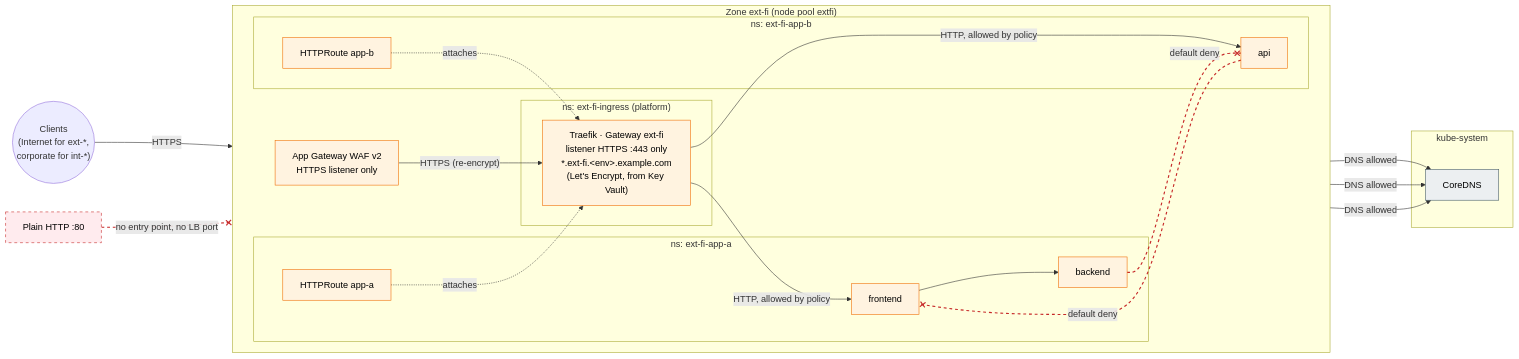
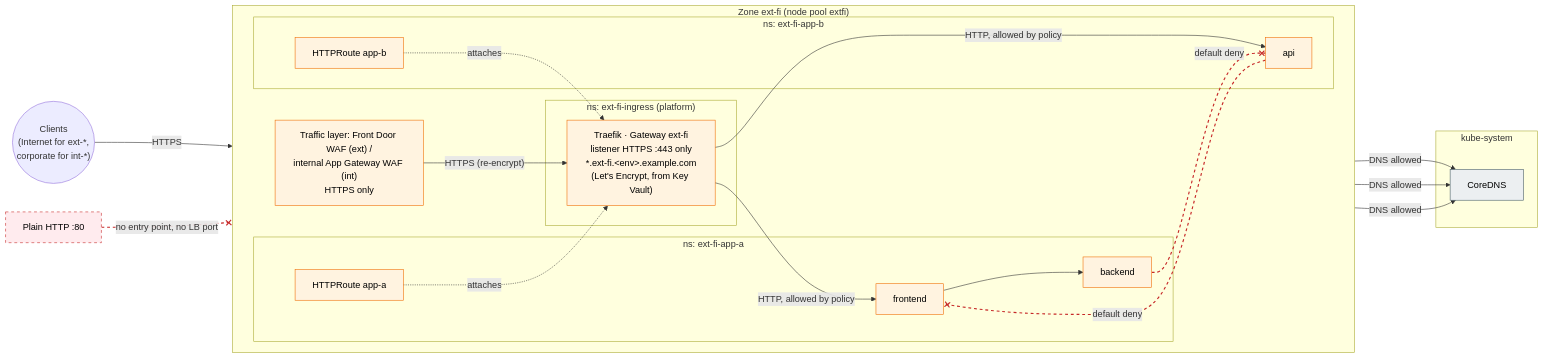
The diagram in diagrams/07-namespace-tenancy.mmd (olljanat-ai/aks-design), drawn with Mermaid before and after one commit. The commit also changed 10 other files, not shown here.

```diff
--- a/diagrams/07-namespace-tenancy.mmd
+++ b/diagrams/07-namespace-tenancy.mmd
@@ -1,44 +1,44 @@
 %% Application multi-tenancy inside one zone of a stateless cluster: namespace per application, default-deny
 %% network policies, Traefik as the zone's Gateway API implementation (HTTPS only).
 flowchart LR
     client(("Clients<br/>(Internet for ext-*,<br/>corporate for int-*)"))
 
     subgraph ZONE["Zone ext-fi (node pool extfi)"]
         direction LR
-        appgw["App Gateway WAF v2<br/>HTTPS listener only"]
+        appgw["Traffic layer: Front Door WAF (ext) /<br/>internal App Gateway WAF (int)<br/>HTTPS only"]
         subgraph ING["ns: ext-fi-ingress (platform)"]
             ic["Traefik · Gateway ext-fi<br/>listener HTTPS :443 only<br/>*.ext-fi.&lt;env&gt;.example.com<br/>(Let's Encrypt, from Key Vault)"]
         end
         subgraph A["ns: ext-fi-app-a"]
             ra["HTTPRoute app-a"]
             a1["frontend"] --> a2["backend"]
         end
         subgraph B["ns: ext-fi-app-b"]
             rb["HTTPRoute app-b"]
             b1["api"]
         end
     end
 
     subgraph SYS["kube-system"]
         dns["CoreDNS"]
     end
 
     http["Plain HTTP :80"]:::off
 
     client -->|"HTTPS"| appgw -->|"HTTPS (re-encrypt)"| ic
     ic -->|"HTTP, allowed by policy"| a1
     ic -->|"HTTP, allowed by policy"| b1
     a1 & a2 & b1 -->|"DNS allowed"| dns
     a2 -.-x|"default deny"| b1
     b1 -.-x|"default deny"| a1
     http -.-x|"no entry point, no LB port"| ic
     ra -.->|"attaches"| ic
     rb -.->|"attaches"| ic
 
     linkStyle 8,9,10 stroke:#c62828,stroke-width:2px,stroke-dasharray:5 5
 
     classDef ext fill:#fff3e0,stroke:#ef6c00,color:#000
     classDef cp fill:#eceff1,stroke:#455a64,color:#000
     classDef off fill:#ffebee,stroke:#c62828,color:#000,stroke-dasharray: 5 5
     class appgw,ic,a1,a2,b1,ra,rb ext
     class dns cp
```
